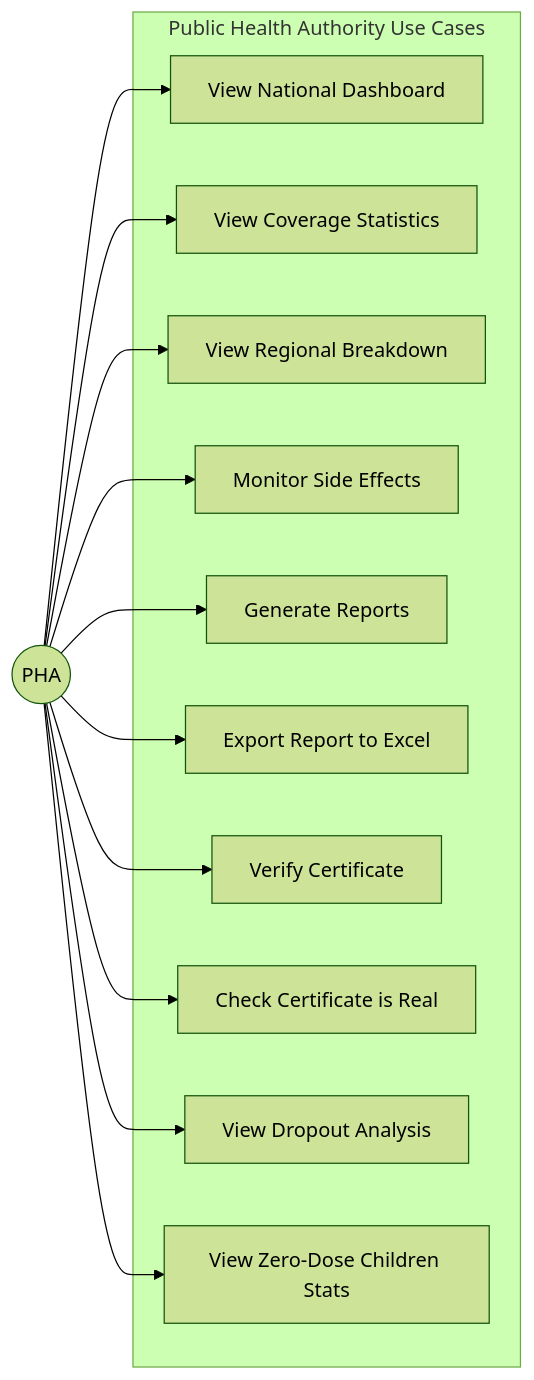
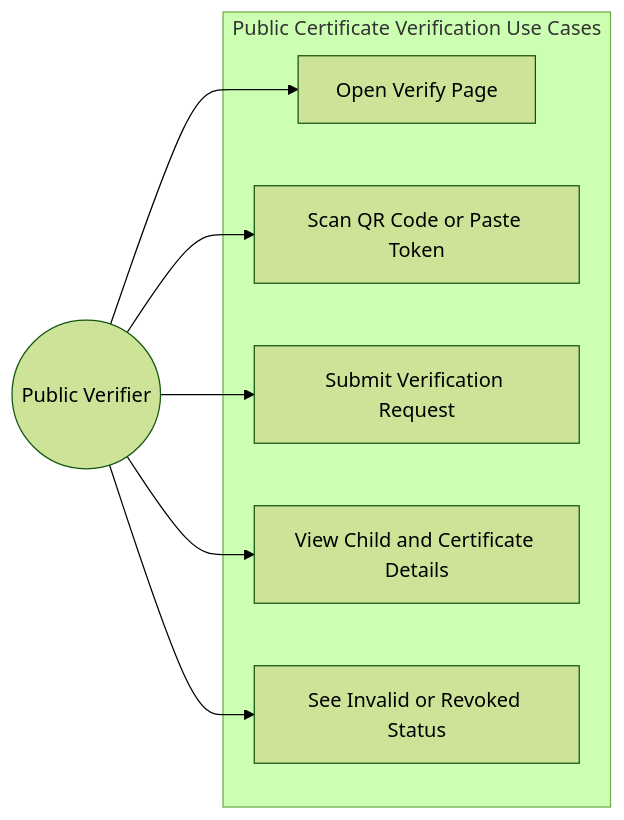
One commit to Juny-max/child-vaccination-system changed diagram 16 of 21 in docs/CHAPTER_4_DIAGRAMS.md. Above: the diagram before and after it, drawn with Mermaid (forest theme). The commit also changed other lines of this file and 1 other file, not shown here.

````diff
--- a/docs/CHAPTER_4_DIAGRAMS.md
+++ b/docs/CHAPTER_4_DIAGRAMS.md
@@ -634,28 +620,18 @@
 ```mermaid
 flowchart LR
-    PHA((PHA))
+    Verifier((Public Verifier))
 
-    subgraph PHAUseCases["Public Health Authority Use Cases"]
-        UC1[View National Dashboard]
-        UC2[View Coverage Statistics]
-        UC3[View Regional Breakdown]
-        UC4[Monitor Side Effects]
-        UC5[Generate Reports]
-        UC6[Export Report to Excel]
-        UC7[Verify Certificate]
-        UC8[Check Certificate is Real]
-        UC9[View Dropout Analysis]
-        UC10[View Zero-Dose Children Stats]
+    subgraph VerificationUseCases["Public Certificate Verification Use Cases"]
+        UC1[Open Verify Page]
+        UC2[Scan QR Code or Paste Token]
+        UC3[Submit Verification Request]
+        UC4[View Child and Certificate Details]
+        UC5[See Invalid or Revoked Status]
     end
 
-    PHA --> UC1
-    PHA --> UC2
-    PHA --> UC3
-    PHA --> UC4
-    PHA --> UC5
-    PHA --> UC6
-    PHA --> UC7
-    PHA --> UC8
-    PHA --> UC9
-    PHA --> UC10
+    Verifier --> UC1
+    Verifier --> UC2
+    Verifier --> UC3
+    Verifier --> UC4
+    Verifier --> UC5
 ```
````
